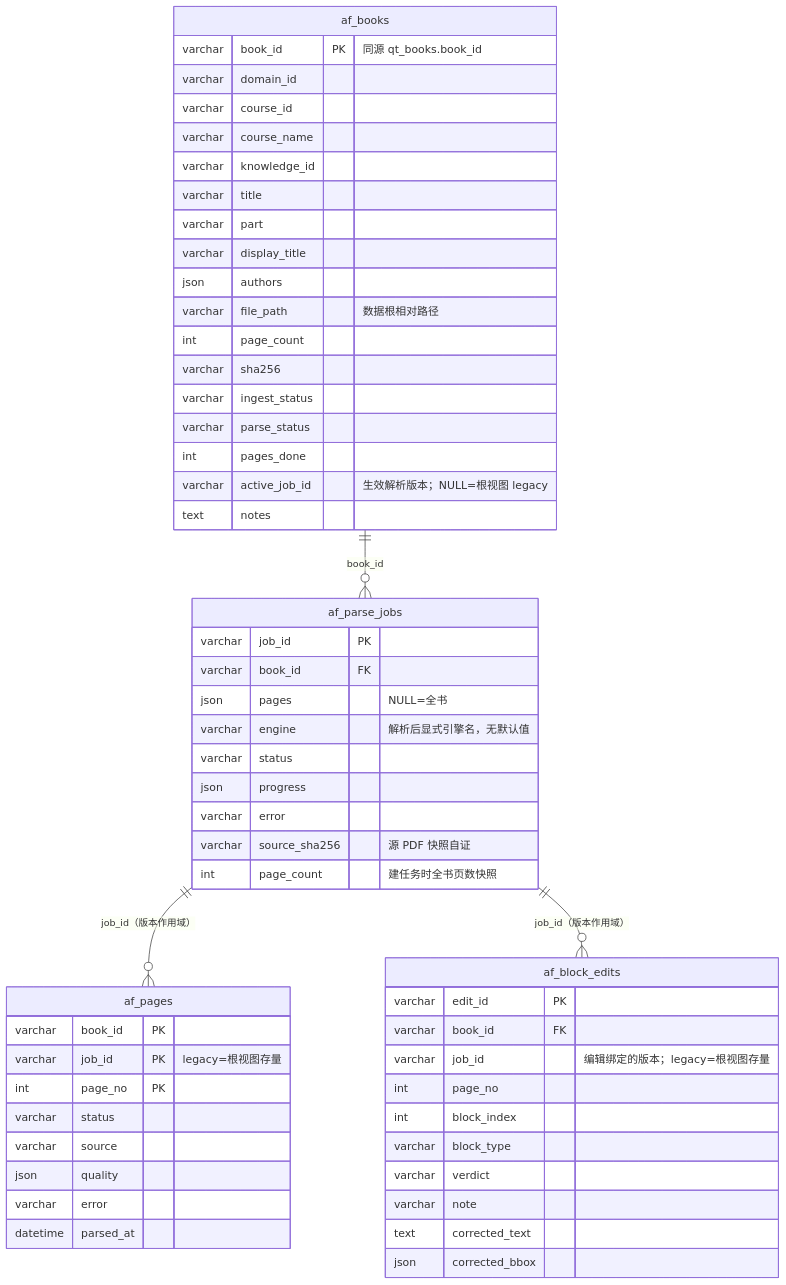
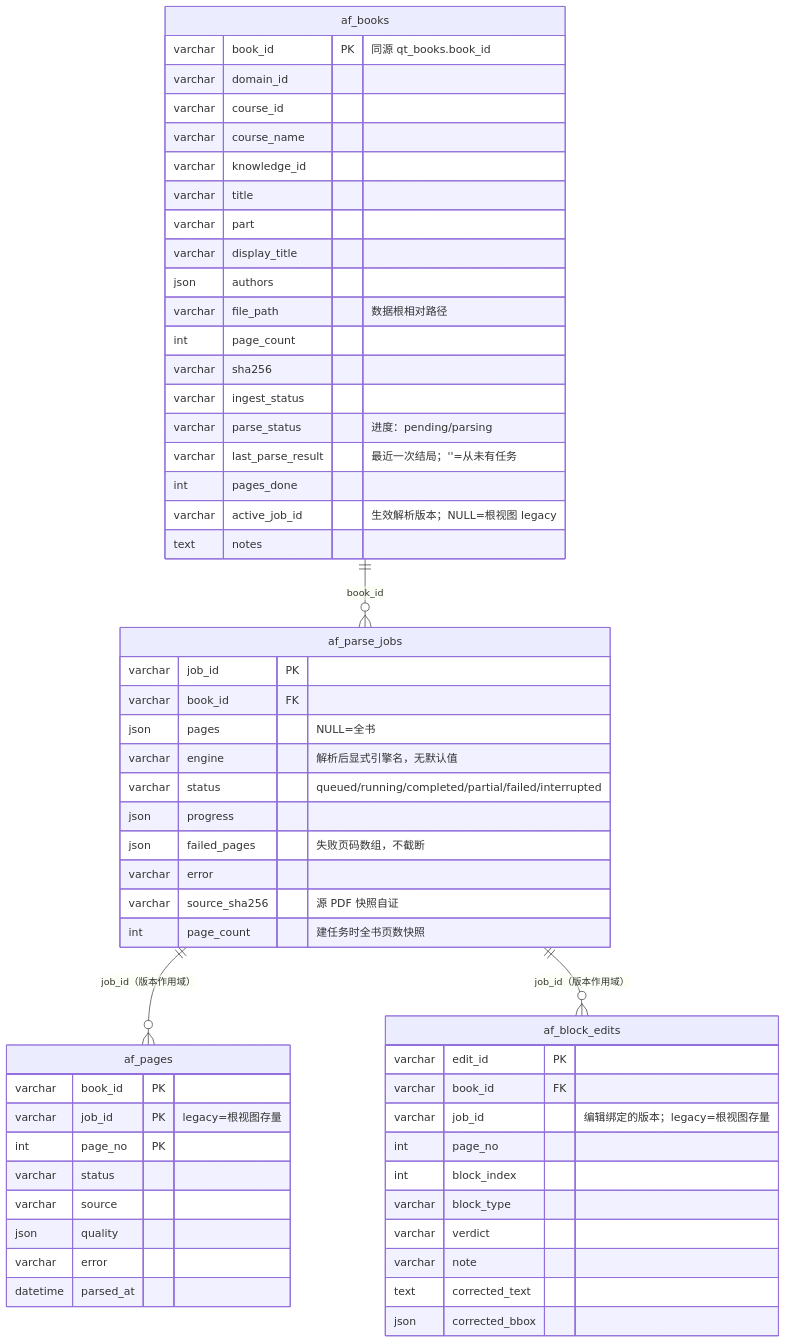
Before and after one commit to swfswf1234/Axiom-Flow: the diagram in docs/architecture/database-design.md, drawn with Mermaid. The commit also changed other lines of this file and 23 other files, not shown here.

````diff
--- a/docs/architecture/database-design.md
+++ b/docs/architecture/database-design.md
@@ -44,58 +44,60 @@
 ```mermaid
 erDiagram
     af_books ||--o{ af_parse_jobs : "book_id"
     af_parse_jobs ||--o{ af_pages : "job_id（版本作用域）"
     af_parse_jobs ||--o{ af_block_edits : "job_id（版本作用域）"
     af_books {
         varchar book_id PK "同源 qt_books.book_id"
         varchar domain_id
         varchar course_id
         varchar course_name
         varchar knowledge_id
         varchar title
         varchar part
         varchar display_title
         json authors
         varchar file_path "数据根相对路径"
         int page_count
         varchar sha256
         varchar ingest_status
-        varchar parse_status
+        varchar parse_status "进度：pending/parsing"
+        varchar last_parse_result "最近一次结局；''=从未有任务"
         int pages_done
         varchar active_job_id "生效解析版本；NULL=根视图 legacy"
         text notes
     }
     af_parse_jobs {
         varchar job_id PK
         varchar book_id FK
         json pages "NULL=全书"
         varchar engine "解析后显式引擎名，无默认值"
-        varchar status
+        varchar status "queued/running/completed/partial/failed/interrupted"
         json progress
+        json failed_pages "失败页码数组，不截断"
         varchar error
         varchar source_sha256 "源 PDF 快照自证"
         int page_count "建任务时全书页数快照"
     }
     af_pages {
         varchar book_id PK
         varchar job_id PK "legacy=根视图存量"
         int page_no PK
         varchar status
         varchar source
         json quality
         varchar error
         datetime parsed_at
     }
     af_block_edits {
         varchar edit_id PK
         varchar book_id FK
         varchar job_id "编辑绑定的版本；legacy=根视图存量"
         int page_no
         int block_index
         varchar block_type
         varchar verdict
         varchar note
         text corrected_text
         json corrected_bbox
     }
 ```
````
